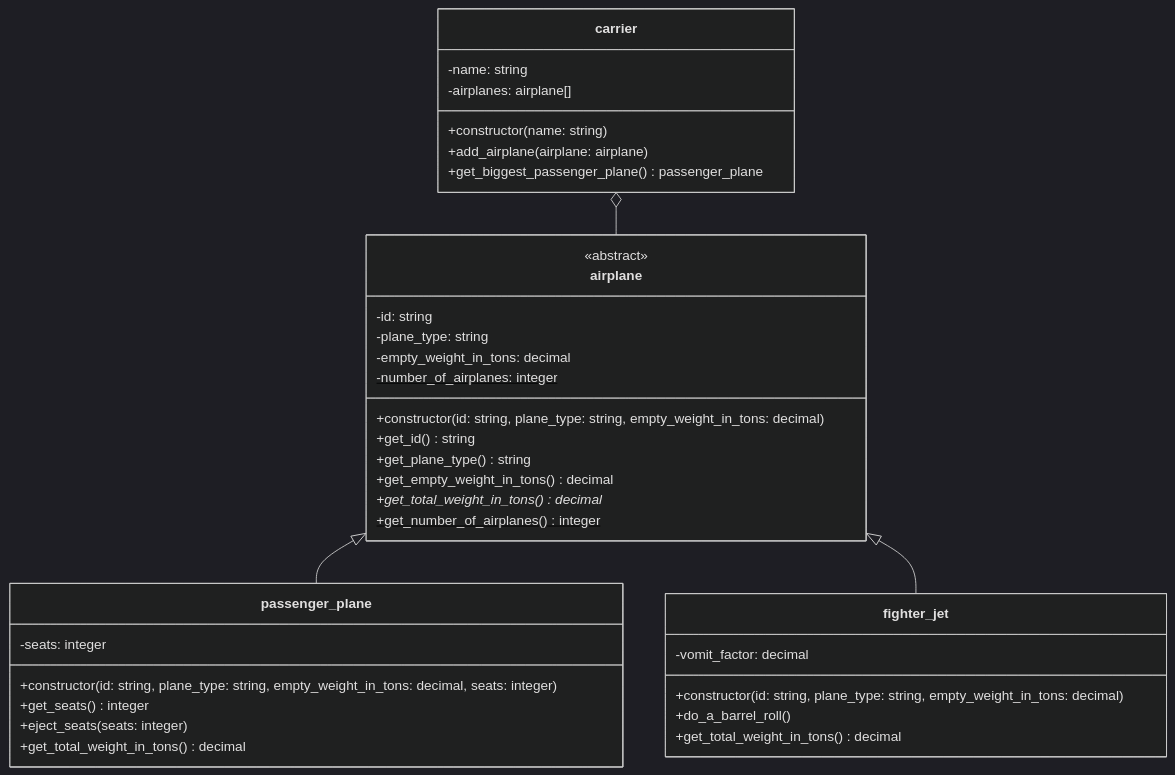
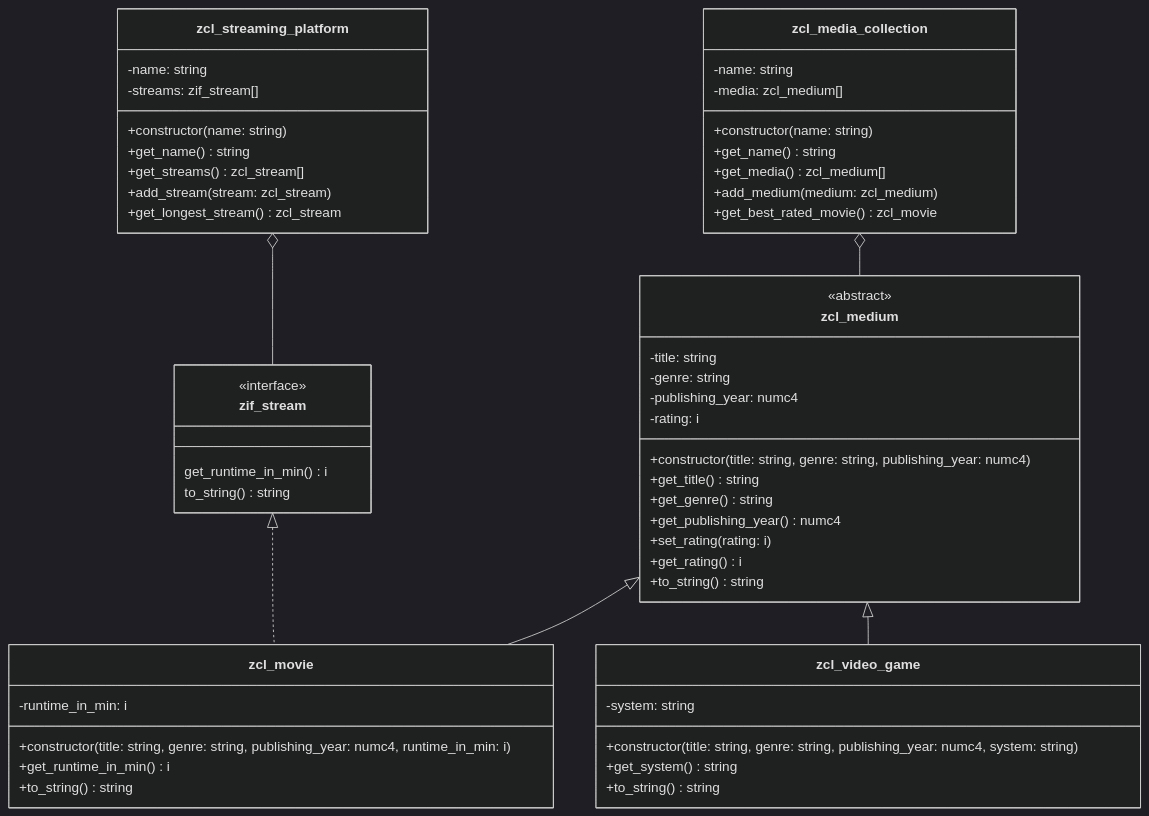
One commit to appenmaier/s4hana changed the diagram in docs/exercises/abap-objects/abap-objects-08.md. Above: the diagram before and after it, drawn with Mermaid (dark theme). The commit also changed other lines of this file and 8 other files, not shown here.

````diff
--- a/docs/exercises/abap-objects/abap-objects-08.md
+++ b/docs/exercises/abap-objects/abap-objects-08.md
@@ -10,43 +16,63 @@
 ```mermaid
 classDiagram
-   carrier o-- airplane
-   airplane <|-- passenger_plane
-   airplane <|-- fighter_jet
+   zif_stream <|.. zcl_movie
+   zcl_streaming_platform o-- zif_stream
+   zcl_media_collection o-- zcl_medium
+   zcl_medium <|-- zcl_movie
+   zcl_medium <|-- zcl_video_game
 
-   class airplane {
+   class zcl_medium {
       <<abstract>>
-      -id: string
-      -plane_type: string
-      -empty_weight_in_tons: decimal
-      -number_of_airplanes: integer$
-      +constructor(id: string, plane_type: string, empty_weight_in_tons: decimal)
-      +get_id() string
-      +get_plane_type() string
-      +get_empty_weight_in_tons() decimal
-      +get_total_weight_in_tons() decimal*
-      +get_number_of_airplanes() integer$
+      -title: string
+      -genre: string
+      -publishing_year: numc4
+      -rating: i
+      +constructor(title: string, genre: string, publishing_year: numc4)
+      +get_title() string      
+      +get_genre() string      
+      +get_publishing_year() numc4
+      +set_rating(rating: i)
+      +get_rating() i
+      +to_string() string
    }
 
-   class passenger_plane {
-      -seats: integer
-      +constructor(id: string, plane_type: string, empty_weight_in_tons: decimal, seats: integer)
-      +get_seats() integer
-      +eject_seats(seats: integer)
-      +get_total_weight_in_tons() decimal
+   class zcl_movie {
+      -runtime_in_min: i
+      +constructor(title: string, genre: string, publishing_year: numc4, runtime_in_min: i)
+      +get_runtime_in_min() i
+      +to_string() string
    }
 
-   class fighter_jet {
-      -vomit_factor: decimal
-      +constructor(id: string, plane_type: string, empty_weight_in_tons: decimal)
-      +do_a_barrel_roll()
-      +get_total_weight_in_tons() decimal
+   class zcl_video_game {
+      -system: string
+      +constructor(title: string, genre: string, publishing_year: numc4, system: string)
+      +get_system() string
+      +to_string() string
    }
 
-   class carrier {
+   class zcl_media_collection {
       -name: string
-      -airplanes: airplane[]
+      -media: zcl_medium[]
       +constructor(name: string)
-      +add_airplane(airplane: airplane)
-      +get_biggest_passenger_plane() passenger_plane
+      +get_name() string
+      +get_media() zcl_medium[]
+      +add_medium(medium: zcl_medium)
+      +get_best_rated_movie() zcl_movie
+   }
+
+   class zif_stream {
+      <<interface>>
+      get_runtime_in_min() i
+      to_string() string
+   }
+
+   class zcl_streaming_platform {
+      -name: string
+      -streams: zif_stream[]
+      +constructor(name: string)
+      +get_name() string
+      +get_streams() zcl_stream[]
+      +add_stream(stream: zcl_stream)
+      +get_longest_stream() zcl_stream
    }
 ```
````
